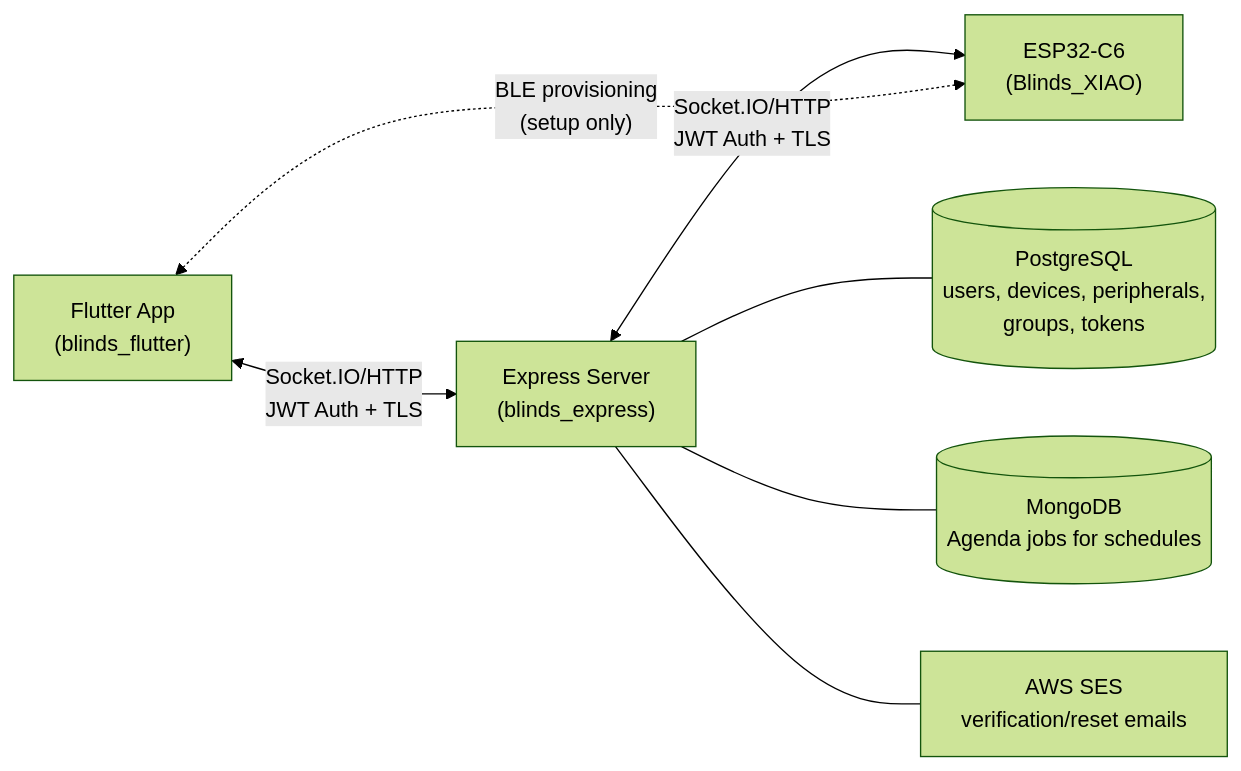
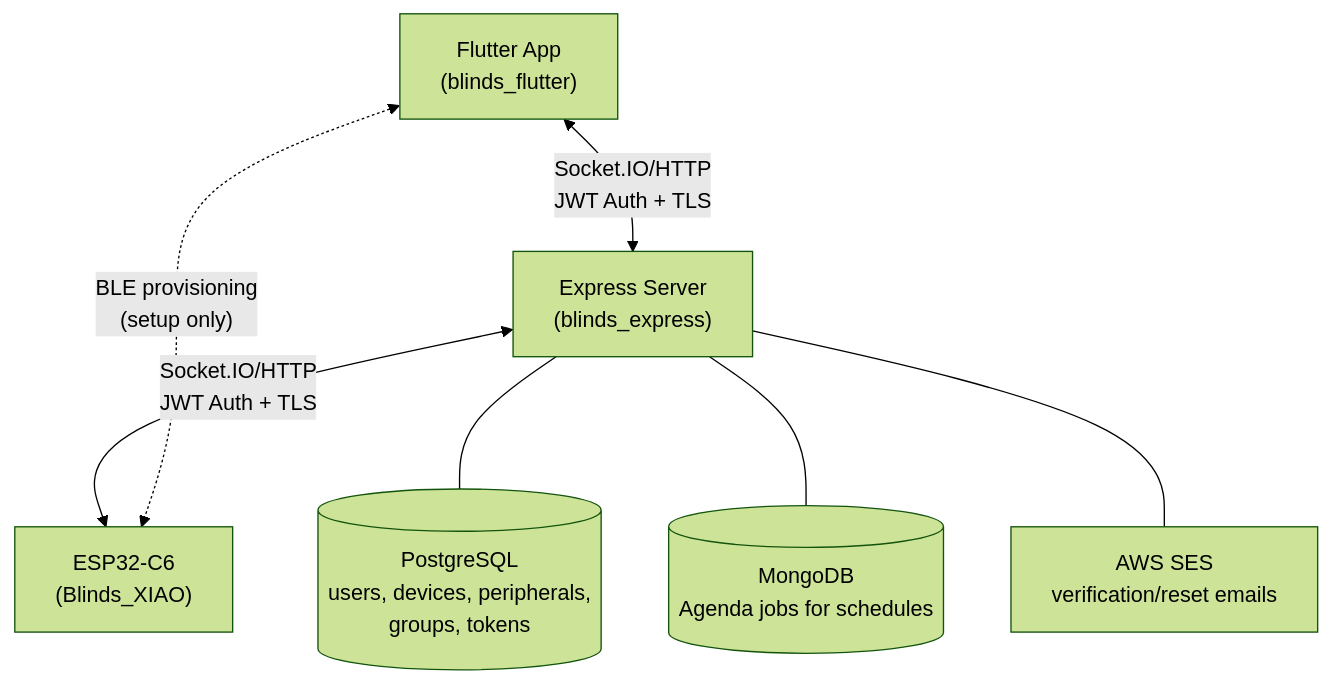
One commit to pulipakaa24/BlindMaster changed the diagram in README.md. Above: the diagram before and after it, drawn with Mermaid (forest theme).

````diff
--- a/README.md
+++ b/README.md
@@ -80,9 +80,9 @@
 ```mermaid
-flowchart LR
-    A["Flutter App\n(blinds_flutter)"] <-->|"Socket.IO/HTTP\nJWT Auth + TLS"| B["Express Server\n(blinds_express)"]
-    B <-->|"Socket.IO/HTTP\nJWT Auth + TLS"| C["ESP32-C6\n(Blinds_XIAO)"]
-    A <-.->|"BLE provisioning\n(setup only)"| C
-    B --- D[("PostgreSQL\nusers, devices, peripherals,\ngroups, tokens")]
-    B --- E[("MongoDB\nAgenda jobs for schedules")]
-    B --- F["AWS SES\nverification/reset emails"]
+flowchart TD
+    A["Flutter App<br/>(blinds_flutter)"] <-->|"Socket.IO/HTTP<br/>JWT Auth + TLS"| B["Express Server<br/>(blinds_express)"]
+    B <-->|"Socket.IO/HTTP<br/>JWT Auth + TLS"| C["ESP32-C6<br/>(Blinds_XIAO)"]
+    A <-.->|"BLE provisioning<br/>(setup only)"| C
+    B --- D[("PostgreSQL<br/>users, devices, peripherals,<br/>groups, tokens")]
+    B --- E[("MongoDB<br/>Agenda jobs for schedules")]
+    B --- F["AWS SES<br/>verification/reset emails"]
 ```
````
